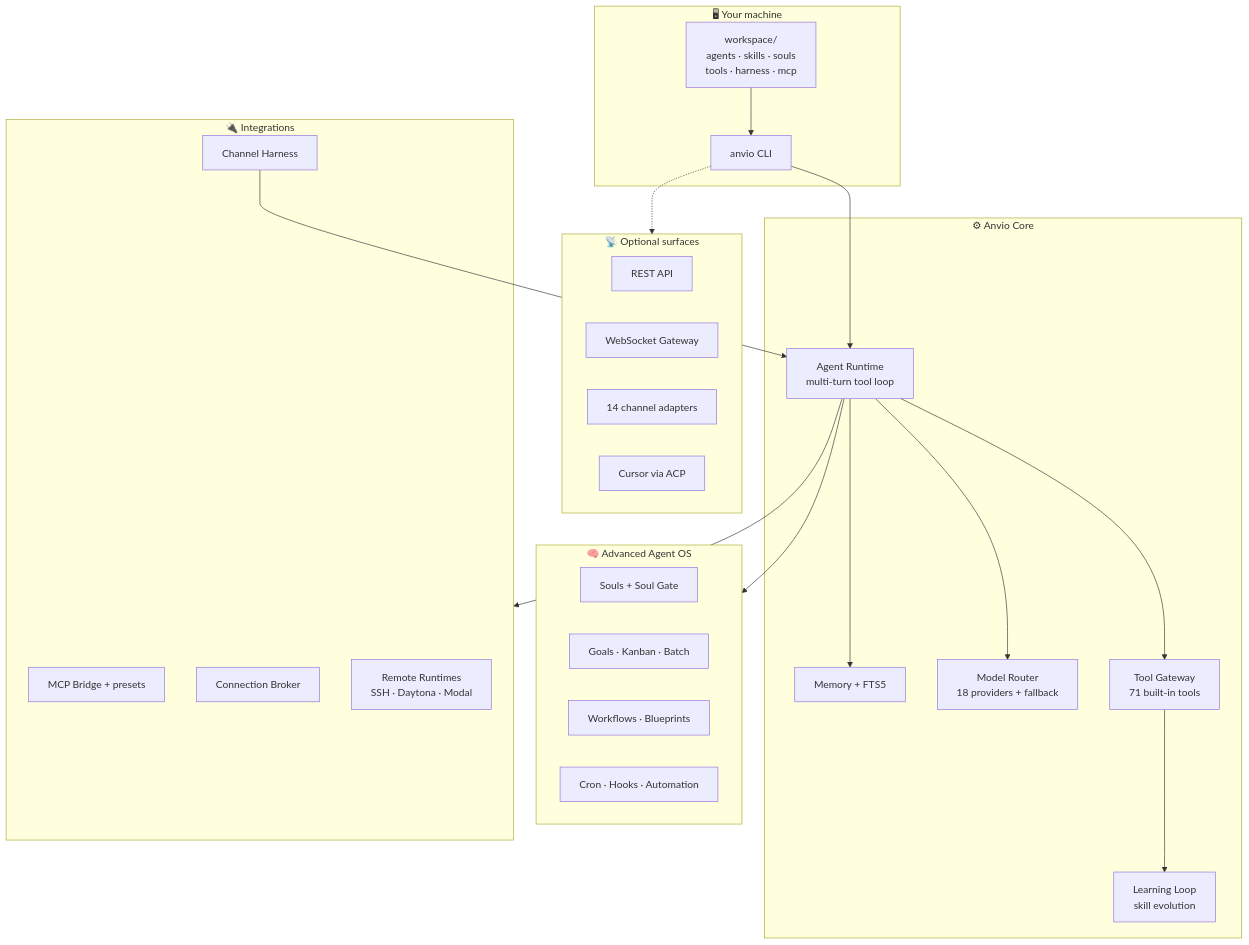
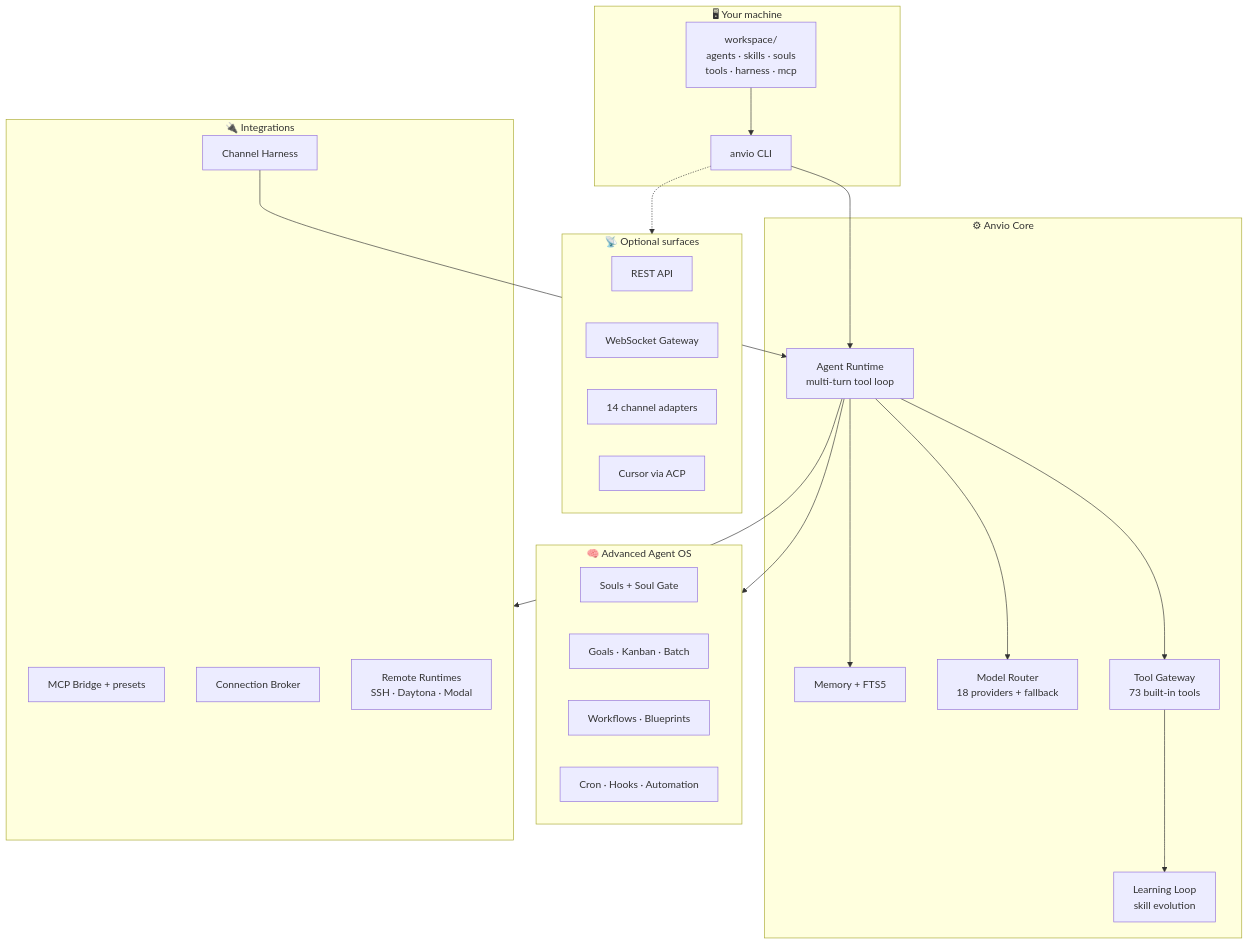
Before and after one commit to viantonugroho11/Anvio: the first of 7 diagrams in README.md, drawn with Mermaid. The commit also changed other lines of this file and 4 other files, not shown here.

````diff
--- a/README.md
+++ b/README.md
@@ -141,44 +141,44 @@
 ```mermaid
 flowchart TB
     subgraph You["🖥 Your machine"]
         WS["workspace/<br/>agents · skills · souls<br/>tools · harness · mcp"]
         CLI["anvio CLI"]
     end
 
     subgraph Core["⚙ Anvio Core"]
         RT["Agent Runtime<br/>multi-turn tool loop"]
-        TG["Tool Gateway<br/>71 built-in tools"]
+        TG["Tool Gateway<br/>73 built-in tools"]
         RTG["Model Router<br/>18 providers + fallback"]
         MEM["Memory + FTS5"]
         LR["Learning Loop<br/>skill evolution"]
     end
 
     subgraph AgentOS["🧠 Advanced Agent OS"]
         SOUL["Souls + Soul Gate"]
         GOAL["Goals · Kanban · Batch"]
         WF["Workflows · Blueprints"]
         AUTO["Cron · Hooks · Automation"]
     end
 
     subgraph Connect["🔌 Integrations"]
         MCP["MCP Bridge + presets"]
         HAR["Channel Harness"]
         CONN["Connection Broker"]
         RUN["Remote Runtimes<br/>SSH · Daytona · Modal"]
     end
 
     subgraph Surfaces["📡 Optional surfaces"]
         API["REST API"]
         GW["WebSocket Gateway"]
         BOT["14 channel adapters"]
         ACP["Cursor via ACP"]
     end
 
     WS --> CLI
     CLI --> RT
     RT --> TG & RTG & MEM
     TG --> LR
     RT --> AgentOS & Connect
     CLI -.-> Surfaces
     HAR --> RT
 ```
````
